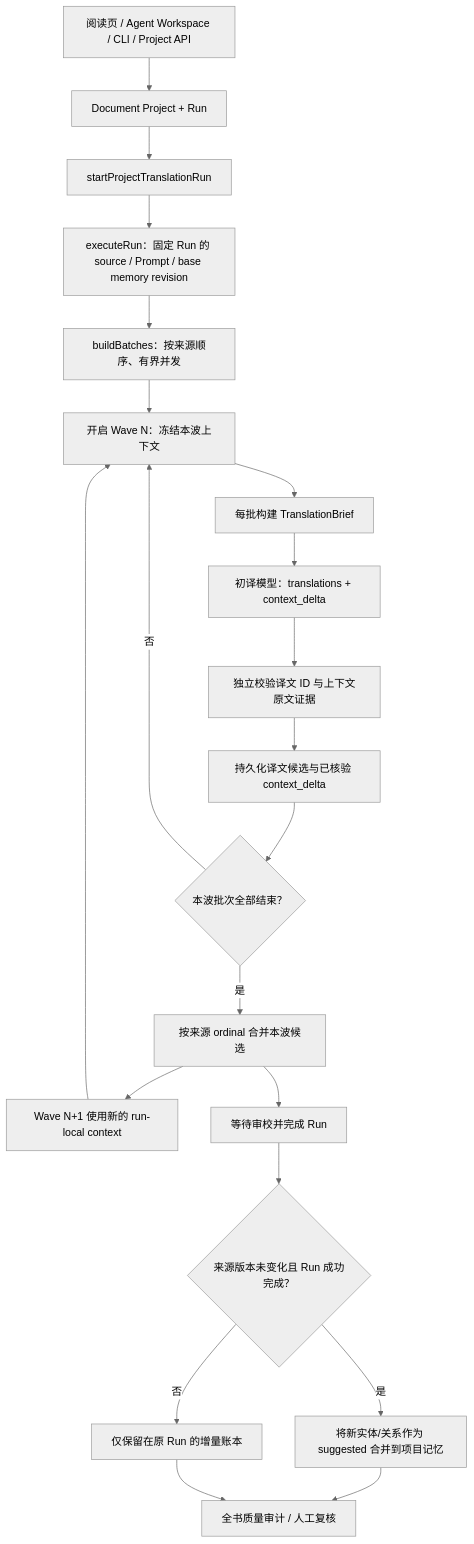
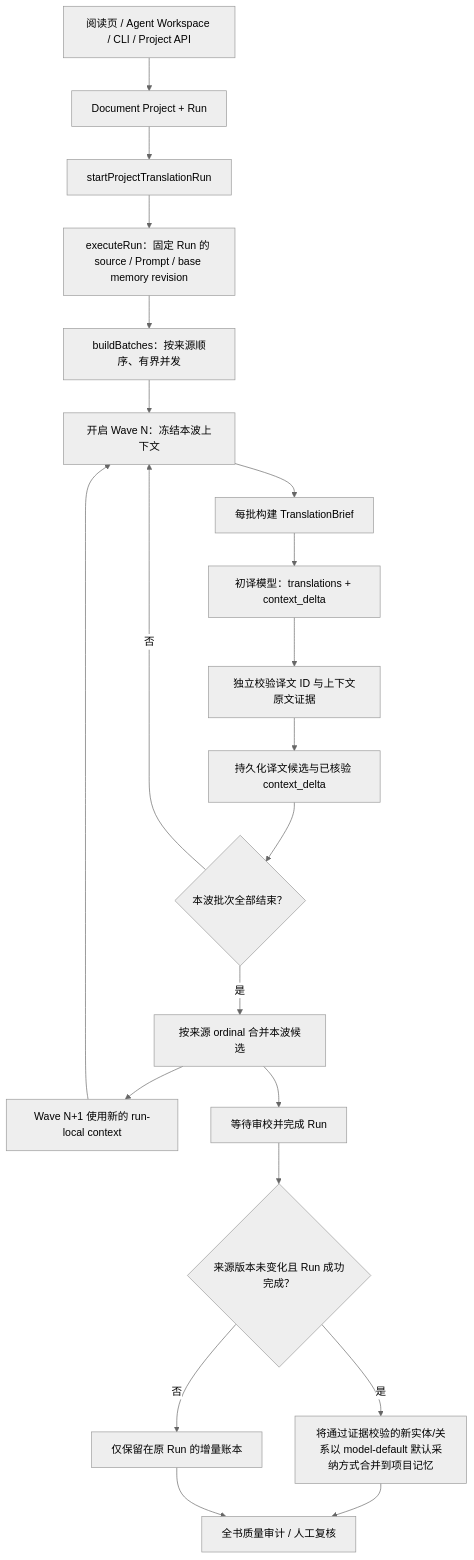
One commit to saga/vocal-saga changed the diagram in docs/TRANSLATION_PIPELINE.md. Above: the diagram before and after it, drawn with Mermaid (neutral theme). The commit also changed other lines of this file, not shown here.

Commit message:
Align translation pipeline docs with default adoption

````diff
--- a/docs/TRANSLATION_PIPELINE.md
+++ b/docs/TRANSLATION_PIPELINE.md
@@ -23,23 +23,23 @@
 ```mermaid
 flowchart TD
     A["阅读页 / Agent Workspace / CLI / Project API"] --> B["Document Project + Run"]
     B --> C["startProjectTranslationRun"]
     C --> D["executeRun：固定 Run 的 source / Prompt / base memory revision"]
     D --> E["buildBatches：按来源顺序、有界并发"]
     E --> F["开启 Wave N：冻结本波上下文"]
     F --> G["每批构建 TranslationBrief"]
     G --> H["初译模型：translations + context_delta"]
     H --> I["独立校验译文 ID 与上下文原文证据"]
     I --> J["持久化译文候选与已核验 context_delta"]
     J --> K{"本波批次全部结束？"}
     K -- 否 --> F
     K -- 是 --> L["按来源 ordinal 合并本波候选"]
     L --> M["Wave N+1 使用新的 run-local context"]
     M --> F
     L --> N["等待审校并完成 Run"]
     N --> O{"来源版本未变化且 Run 成功完成？"}
-    O -- 是 --> P["将新实体/关系作为 suggested 合并到项目记忆"]
+    O -- 是 --> P["将通过证据校验的新实体/关系以 model-default 默认采纳方式合并到项目记忆"]
     O -- 否 --> Q["仅保留在原 Run 的增量账本"]
     P --> R["全书质量审计 / 人工复核"]
     Q --> R
 ```
````
